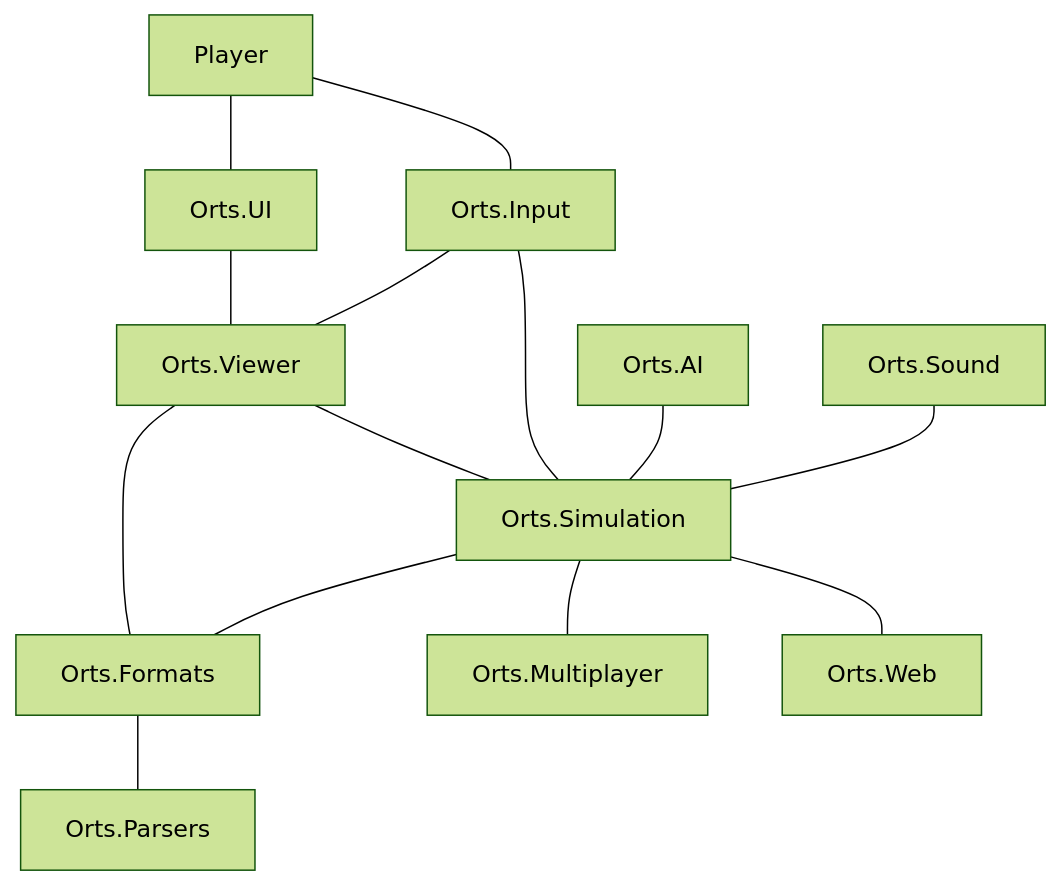
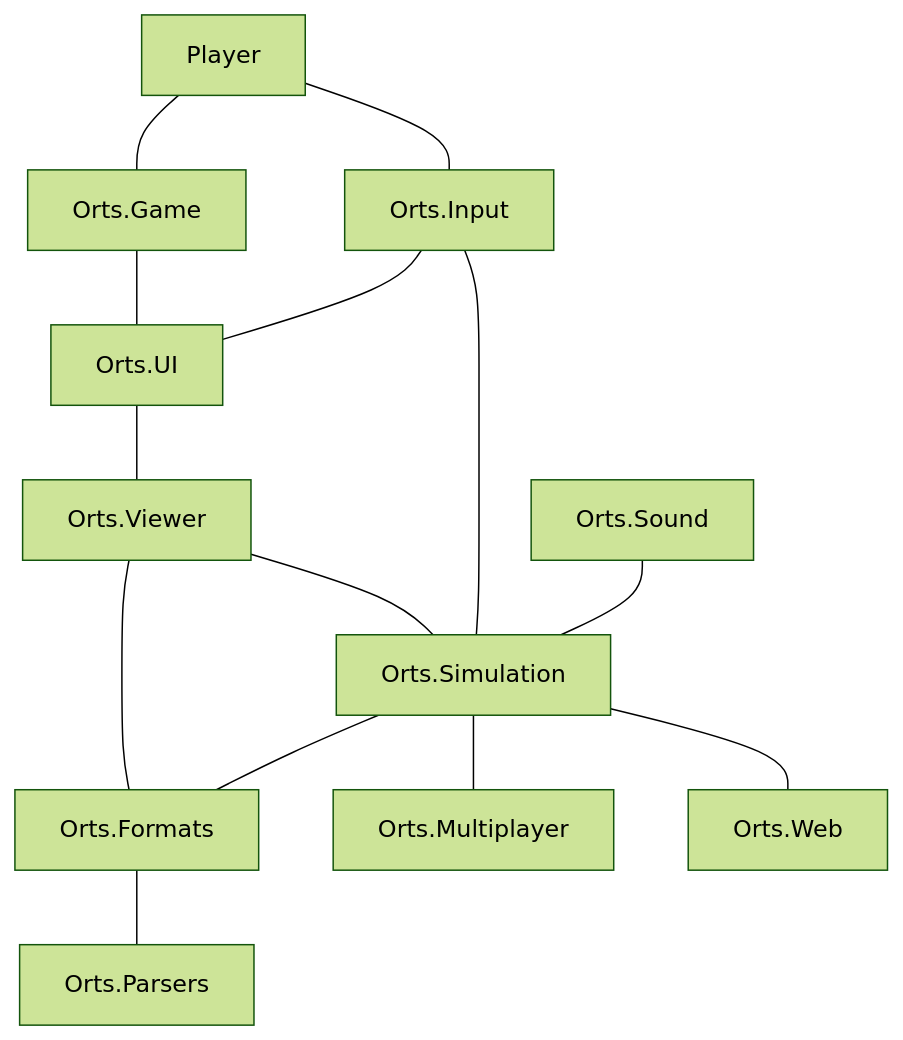
Before and after one commit to openrails/openrails: the diagram in Docs/Architecture.md, drawn with Mermaid (forest theme). The commit also changed other lines of this file, not shown here.

Commit message:
docs: Update player application model based on feedback

````diff
--- a/Docs/Architecture.md
+++ b/Docs/Architecture.md
@@ -9,17 +9,18 @@
 ```mermaid
 flowchart TB
-  AI["Orts.AI"]
   Formats["Orts.Formats"]
+  Game["Orts.Game"]
   Input["Orts.Input"]
   Multiplayer["Orts.Multiplayer"]
   Parsers["Orts.Parsers"]
   Player["Player"]
   Simulation["Orts.Simulation"]
   Sound["Orts.Sound"]
   UI["Orts.UI"]
   Viewer["Orts.Viewer"]
   Web["Orts.Web"]
-  Player --- UI --- Viewer --- Simulation
-  Player --- Input --- Viewer & Simulation --- Formats --- Parsers
-  AI & Sound --- Simulation --- Multiplayer & Web
+  Player --- Game --- UI --- Viewer --- Simulation & Formats
+  Player --- Input --- UI & Simulation
+  Sound --- Simulation --- Formats & Multiplayer & Web
+  Formats --- Parsers
 ```
````
